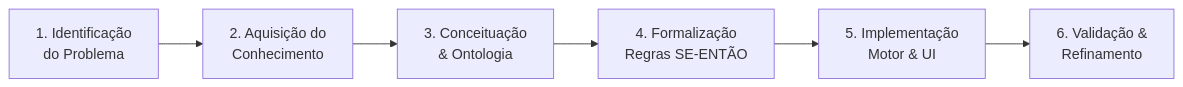
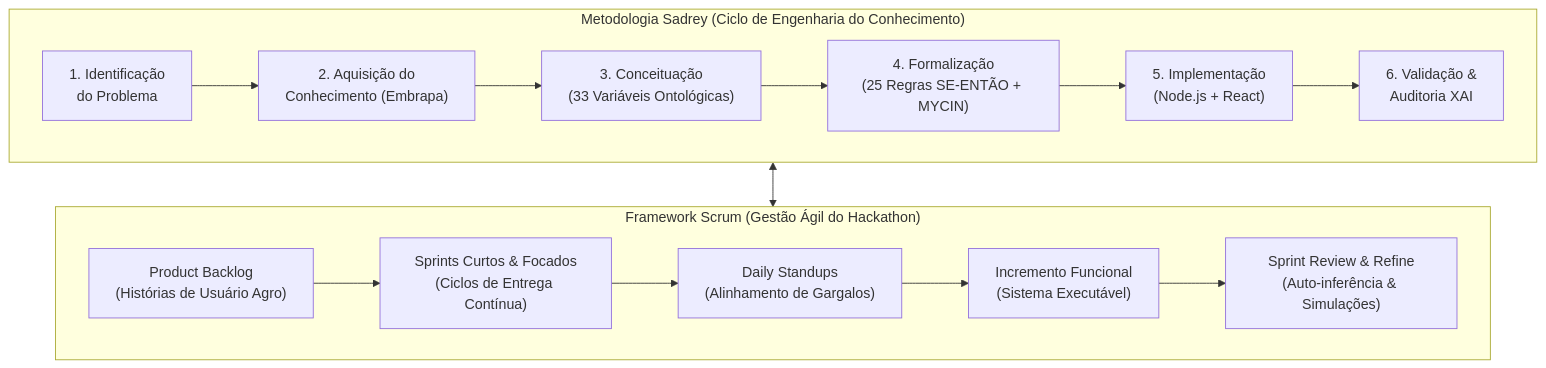
Before and after one commit to isaac-kapela/Hackathon: the first of 2 diagrams in docs/APRESENTACAO_PROJETO.md, drawn with Mermaid. The commit also changed other lines of this file and 2 other files, not shown here.

Commit message:
docs(presentation): integrate Sadrey knowledge engineering methodology and Scrum agile framework

````diff
--- a/docs/APRESENTACAO_PROJETO.md
+++ b/docs/APRESENTACAO_PROJETO.md
@@ -54,8 +54,19 @@
 ```mermaid
-flowchart LR
-    A["1. Identificação<br/>do Problema"] --> B["2. Aquisição do<br/>Conhecimento"]
-    B --> C["3. Conceituação<br/>& Ontologia"]
-    C --> D["4. Formalização<br/>Regras SE-ENTÃO"]
-    D --> E["5. Implementação<br/>Motor & UI"]
-    E --> F["6. Validação &<br/>Refinamento"]
+flowchart TD
+    subgraph SADREY["Metodologia Sadrey (Ciclo de Engenharia do Conhecimento)"]
+        A["1. Identificação<br/>do Problema"] --> B["2. Aquisição do<br/>Conhecimento (Embrapa)"]
+        B --> C["3. Conceituação<br/>(33 Variáveis Ontológicas)"]
+        C --> D["4. Formalização<br/>(25 Regras SE-ENTÃO + MYCIN)"]
+        D --> E["5. Implementação<br/>(Node.js + React)"]
+        E --> F["6. Validação &<br/>Auditoria XAI"]
+    end
+
+    subgraph SCRUM["Framework Scrum (Gestão Ágil do Hackathon)"]
+        S1["Product Backlog<br/>(Histórias de Usuário Agro)"] --> S2["Sprints Curtos & Focados<br/>(Ciclos de Entrega Contínua)"]
+        S2 --> S3["Daily Standups<br/>(Alinhamento de Gargalos)"]
+        S3 --> S4["Incremento Funcional<br/>(Sistema Executável)"]
+        S4 --> S5["Sprint Review & Refine<br/>(Auto-inferência & Simulações)"]
+    end
+
+    SADREY <--> SCRUM
 ```
````
